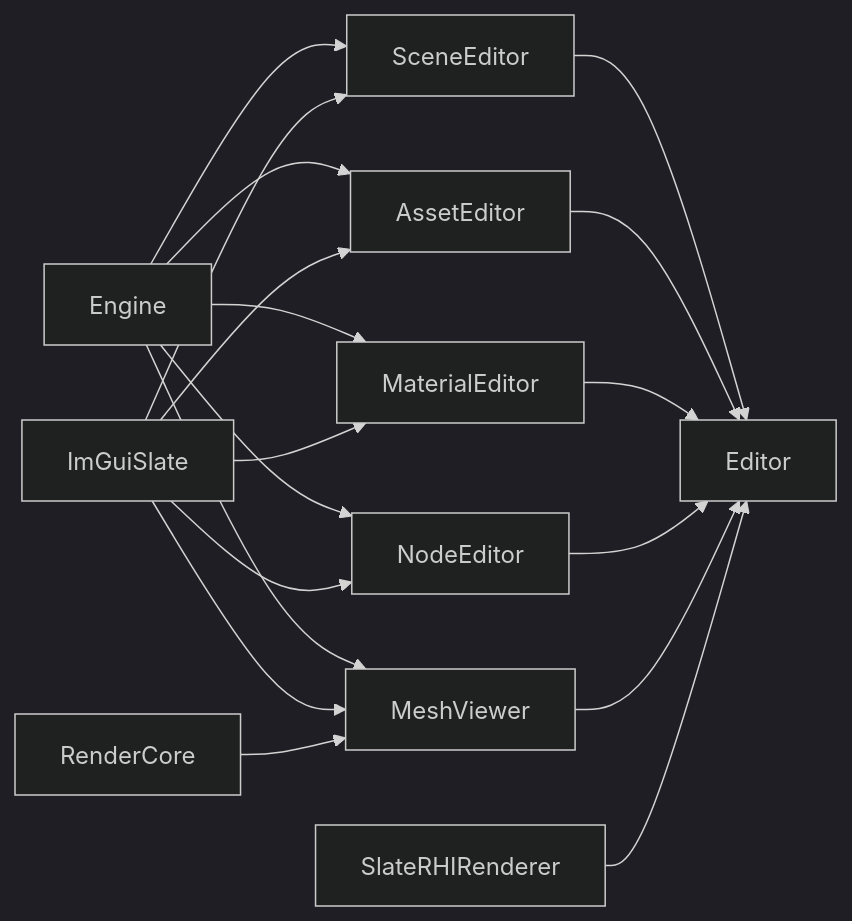
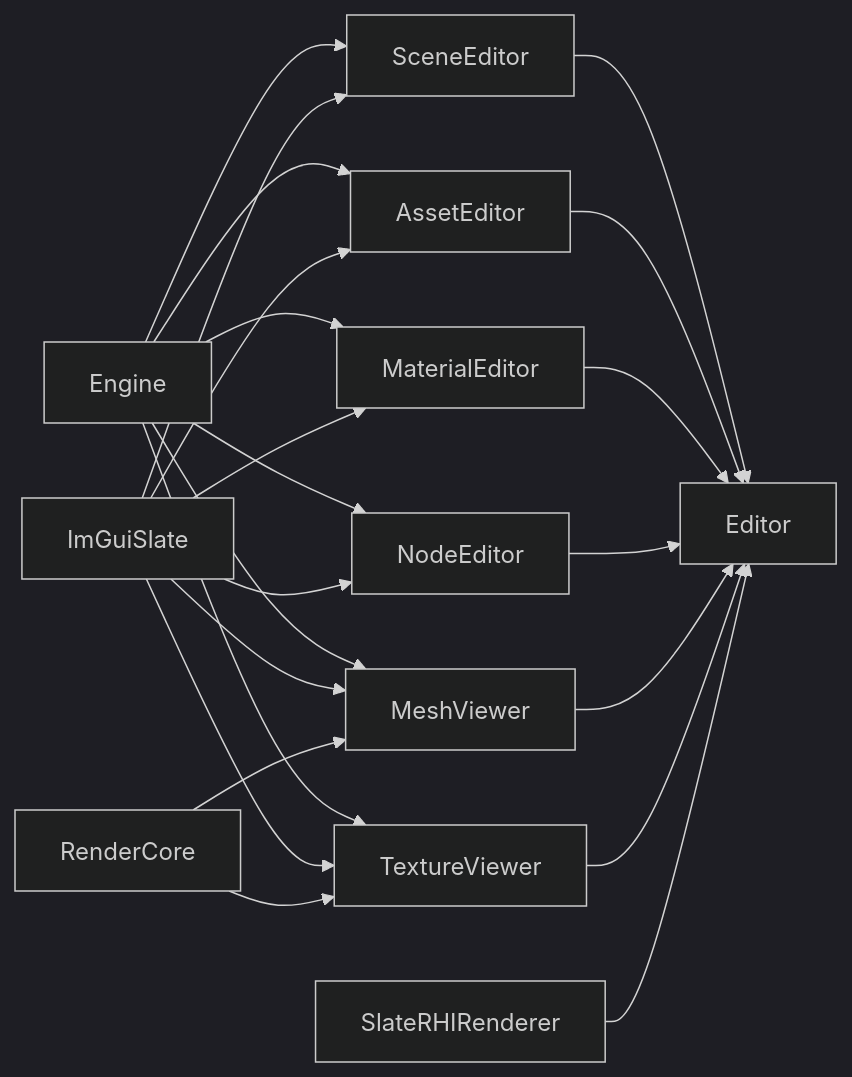
Before and after one commit to mou-wj/WREngine: the diagram in Doc/architecture/app/editor.md, drawn with Mermaid (dark theme). The commit also changed other lines of this file and 39 other files, not shown here.

````diff
--- a/Doc/architecture/app/editor.md
+++ b/Doc/architecture/app/editor.md
@@ -22,20 +23,24 @@
 ```mermaid
 flowchart LR
     Engine --> SceneEditor
     ImGuiSlate --> SceneEditor
     Engine --> AssetEditor
     ImGuiSlate --> AssetEditor
     Engine --> MaterialEditor
     ImGuiSlate --> MaterialEditor
     SceneEditor --> Editor
     AssetEditor --> Editor
     MaterialEditor --> Editor
     Engine --> NodeEditor
     ImGuiSlate --> NodeEditor
     NodeEditor --> Editor
     Engine --> MeshViewer
     ImGuiSlate --> MeshViewer
     RenderCore --> MeshViewer
     MeshViewer --> Editor
+    Engine --> TextureViewer
+    ImGuiSlate --> TextureViewer
+    RenderCore --> TextureViewer
+    TextureViewer --> Editor
     SlateRHIRenderer --> Editor
 ```
````
